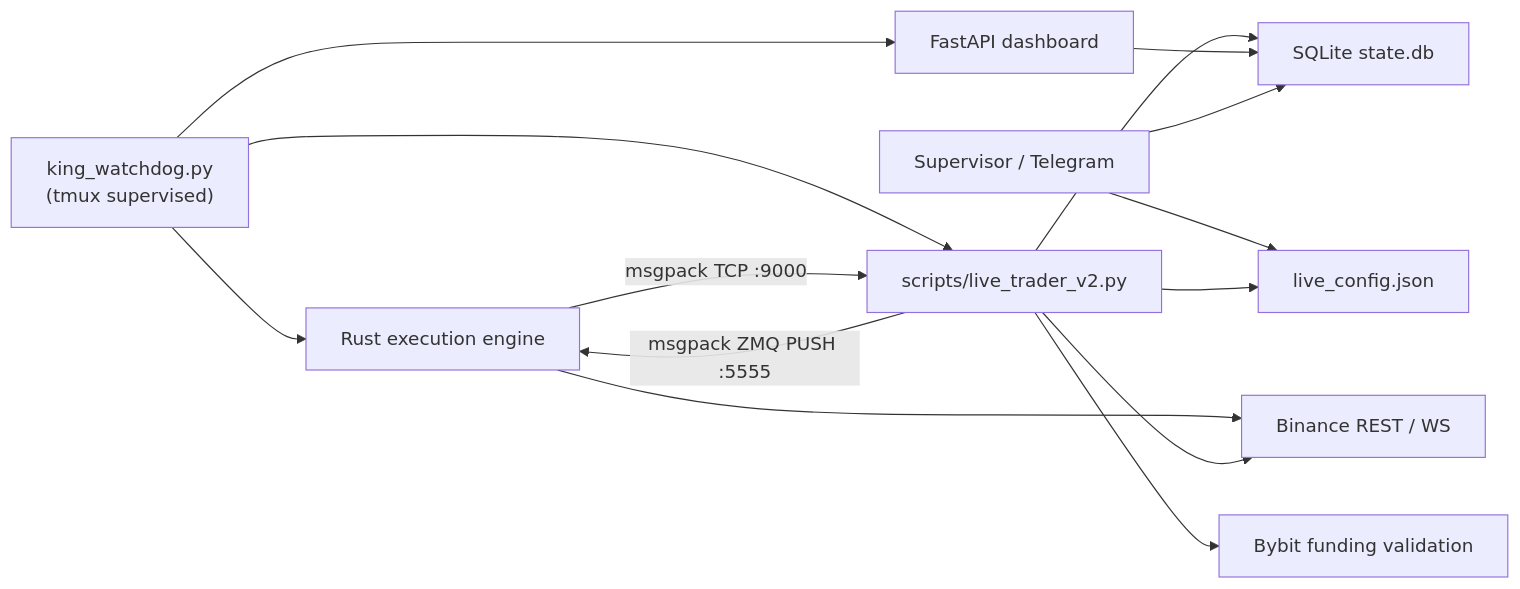
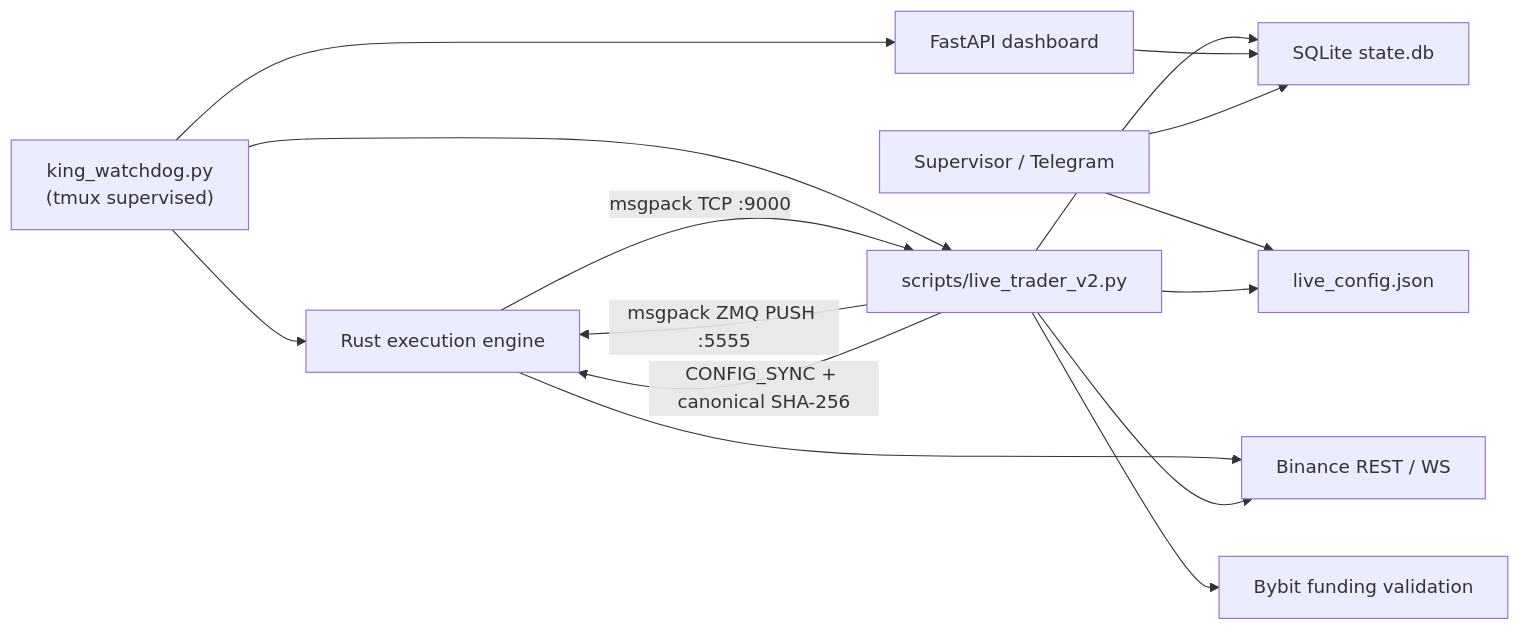
One commit to Jamalo-TV/bongus_trading_bot changed the diagram in HOW_IT_WORKS.md. Above: the diagram before and after it, drawn with Mermaid. The commit also changed other lines of this file and 169 other files, not shown here.

````diff
--- a/HOW_IT_WORKS.md
+++ b/HOW_IT_WORKS.md
@@ -120,16 +182,17 @@
 ```mermaid
 flowchart LR
     Watchdog["king_watchdog.py\n(tmux supervised)"] --> Rust["Rust execution engine"]
     Watchdog --> Trader["scripts/live_trader_v2.py"]
     Watchdog --> Dashboard["FastAPI dashboard"]
     Trader -- "msgpack ZMQ PUSH :5555" --> Rust
+    Trader -- "CONFIG_SYNC + canonical SHA-256" --> Rust
     Rust -- "msgpack TCP :9000" --> Trader
     Trader --> StateDB["SQLite state.db"]
     Dashboard --> StateDB
     Supervisor["Supervisor / Telegram"] --> StateDB
     Supervisor --> Config["live_config.json"]
     Trader --> Config
     Rust --> Binance["Binance REST / WS"]
     Trader --> Binance
     Trader --> Bybit["Bybit funding validation"]
 ```
````
